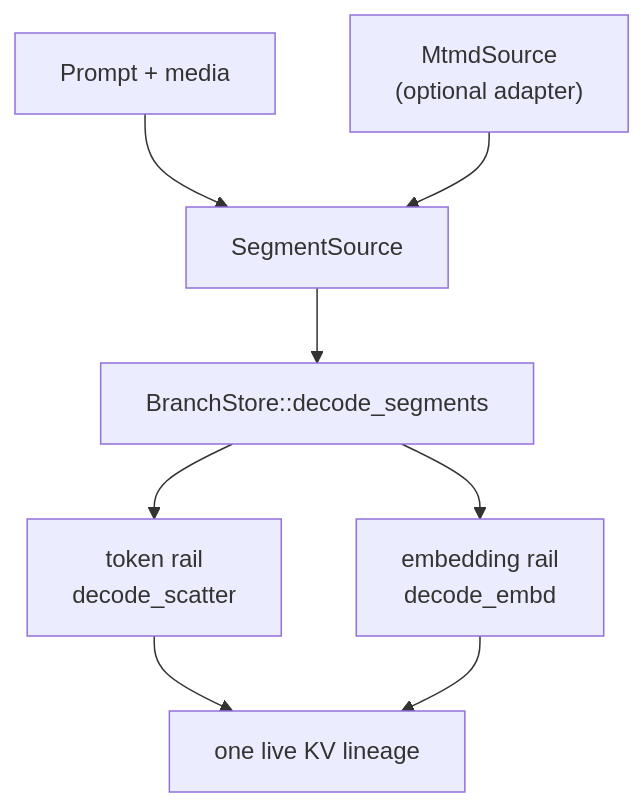
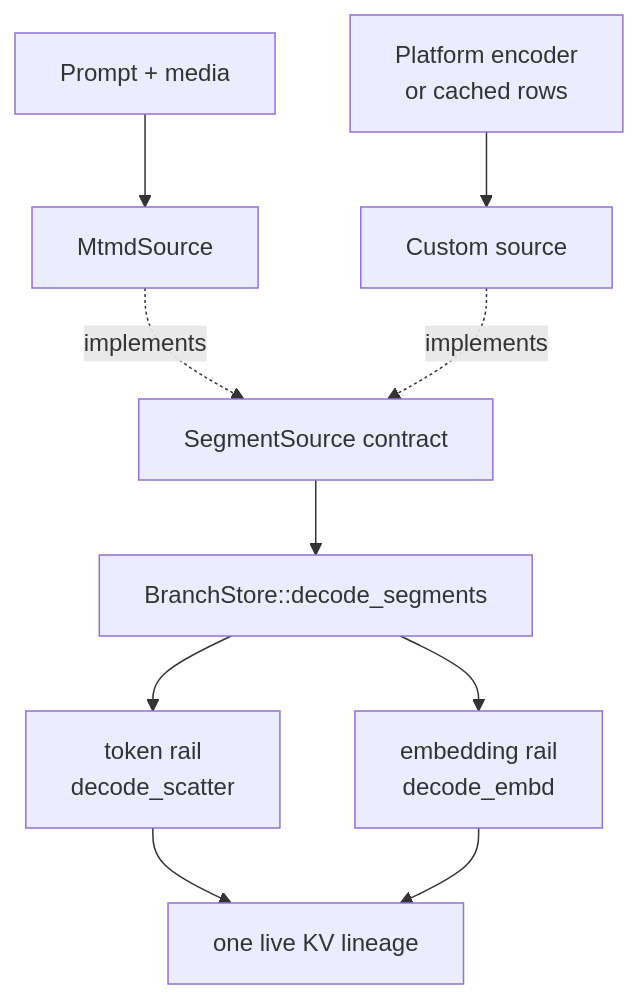
Before and after one commit to lloyal-ai/liblloyal: the third of 5 diagrams in README.md, drawn with Mermaid. The commit also changed other lines of this file, not shown here.

First line of the commit message:
docs(readme): correct the slot/lease model, adapter relationship and two API instructions

````diff
--- a/README.md
+++ b/README.md
@@ -121,10 +102,12 @@
 ```mermaid
 flowchart TD
-    A["Prompt + media"] --> S["SegmentSource"]
-    M["MtmdSource<br/>(optional adapter)"] --> S
+    A["Prompt + media"] --> M["MtmdSource"]
+    C["Platform encoder<br/>or cached rows"] --> X["Custom source"]
+    M -. implements .-> S["SegmentSource contract"]
+    X -. implements .-> S
     S --> B["BranchStore::decode_segments"]
     B --> T["token rail<br/>decode_scatter"]
     B --> E["embedding rail<br/>decode_embd"]
     T --> K["one live KV lineage"]
     E --> K
 ```
````
